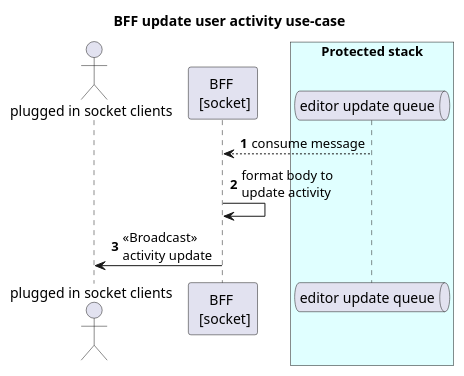
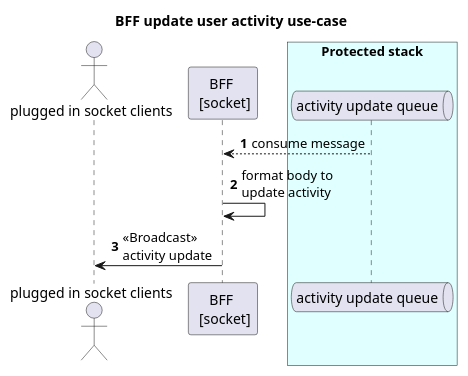
Before and after one commit to orion-services/Activity: the diagram in docs/sequence/bff-activity-update.wsd, drawn with PlantUML. The commit also changed 1 other file, not shown here.

Commit message:
#5 adjust diagram of bff-activity-update and bff-editor-update

```diff
--- a/docs/sequence/bff-activity-update.wsd
+++ b/docs/sequence/bff-activity-update.wsd
@@ -1,13 +1,13 @@
 @startuml
   autonumber
   title "BFF update user activity use-case"
 
   actor "plugged in socket clients" as client
   participant "BFF \n [socket]" as BFF
   box "Protected stack" #LightCyan
-    queue "editor update queue" as EditorUpdateQueue
+    queue "activity update queue" as EditorUpdateQueue
   end box
   BFF <-- EditorUpdateQueue: consume message
   BFF -> BFF: format body to \nupdate activity
   client <- BFF: <<Broadcast>> \nactivity update
 @enduml
```
